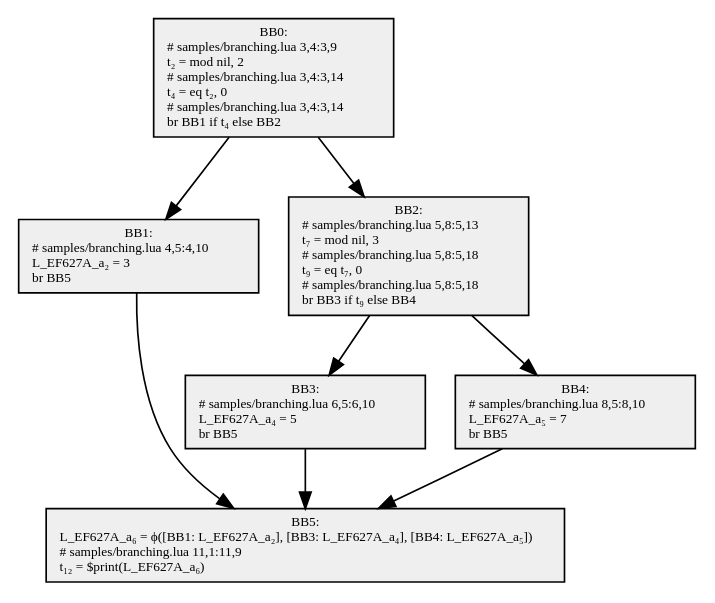
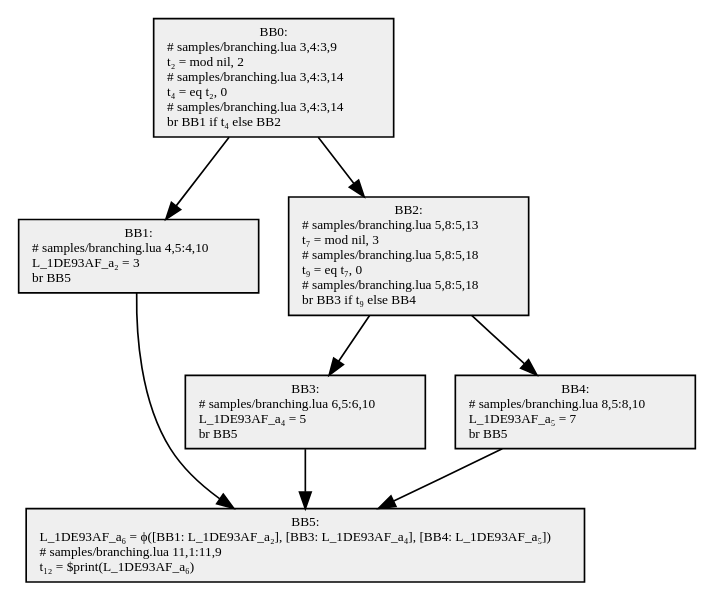
The diagram in src/SimpleCompiler.Cli/samples/obj/branching.2.dot (GGG-KILLER/SimpleCompiler), drawn with Graphviz before and after one commit. The commit also changed 28 other files, not shown here.

```diff
--- a/src/SimpleCompiler.Cli/samples/obj/branching.2.dot
+++ b/src/SimpleCompiler.Cli/samples/obj/branching.2.dot
@@ -1,17 +1,17 @@
 digraph {
   node[shape=box style=filled fontsize=8 fontname="Cascadia Code" fillcolor="#efefef"];
   BB0 [label="BB0:\n# samples/branching.lua 3,4:3,9\lt₂ = mod nil, 2\l# samples/branching.lua 3,4:3,14\lt₄ = eq t₂, 0\l# samples/branching.lua 3,4:3,14\lbr BB1 if t₄ else BB2\l"];
-  BB1 [label="BB1:\n# samples/branching.lua 4,5:4,10\lL_EF627A_a₂ = 3\lbr BB5\l"];
+  BB1 [label="BB1:\n# samples/branching.lua 4,5:4,10\lL_1DE93AF_a₂ = 3\lbr BB5\l"];
   BB2 [label="BB2:\n# samples/branching.lua 5,8:5,13\lt₇ = mod nil, 3\l# samples/branching.lua 5,8:5,18\lt₉ = eq t₇, 0\l# samples/branching.lua 5,8:5,18\lbr BB3 if t₉ else BB4\l"];
-  BB3 [label="BB3:\n# samples/branching.lua 6,5:6,10\lL_EF627A_a₄ = 5\lbr BB5\l"];
-  BB4 [label="BB4:\n# samples/branching.lua 8,5:8,10\lL_EF627A_a₅ = 7\lbr BB5\l"];
-  BB5 [label="BB5:\nL_EF627A_a₆ = ϕ([BB1: L_EF627A_a₂], [BB3: L_EF627A_a₄], [BB4: L_EF627A_a₅])\l# samples/branching.lua 11,1:11,9\lt₁₂ = $print(L_EF627A_a₆)\l"];
+  BB3 [label="BB3:\n# samples/branching.lua 6,5:6,10\lL_1DE93AF_a₄ = 5\lbr BB5\l"];
+  BB4 [label="BB4:\n# samples/branching.lua 8,5:8,10\lL_1DE93AF_a₅ = 7\lbr BB5\l"];
+  BB5 [label="BB5:\nL_1DE93AF_a₆ = ϕ([BB1: L_1DE93AF_a₂], [BB3: L_1DE93AF_a₄], [BB4: L_1DE93AF_a₅])\l# samples/branching.lua 11,1:11,9\lt₁₂ = $print(L_1DE93AF_a₆)\l"];
 
   BB0 -> BB1;
   BB0 -> BB2;
   BB2 -> BB3;
   BB2 -> BB4;
   BB1 -> BB5;
   BB3 -> BB5;
   BB4 -> BB5;
 }
```
